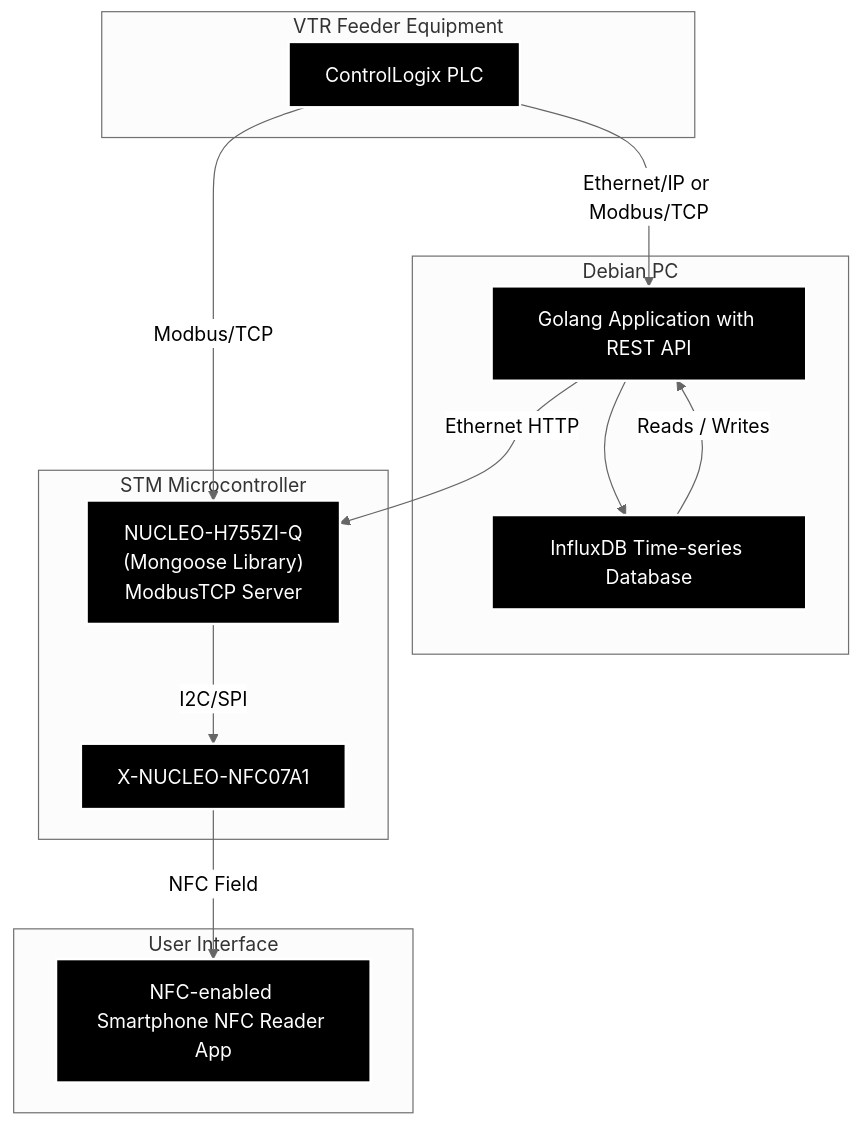
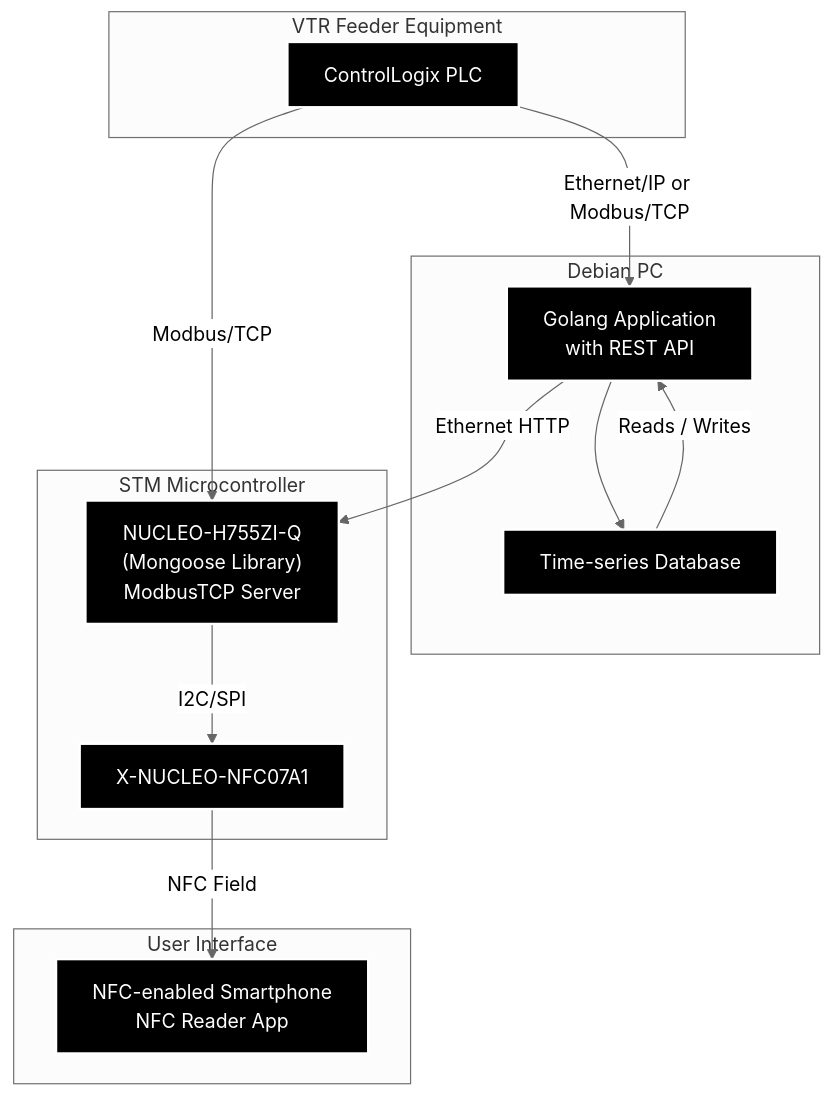
The diagram in MERMAID.md (vtrgo/vtrgo-data-dashboard), drawn with Mermaid (neutral theme) before and after one commit.

````diff
--- a/MERMAID.md
+++ b/MERMAID.md
@@ -1,33 +1,33 @@
 ```mermaid
 graph TD
     subgraph VTR Feeder Equipment
         PLC["ControlLogix PLC"]
     end
 
     subgraph Debian PC
-        PC_App["Golang Application with REST API"] --> InfluxDB["InfluxDB Time-series Database"]
+        PC_App["Golang Application <br> with REST API"] --> InfluxDB["Time-series Database"]
     end
 
     subgraph STM Microcontroller
         NUCLEO["NUCLEO-H755ZI-Q <br> (Mongoose Library) <br> ModbusTCP Server"]
         NFC_Board["X-NUCLEO-NFC07A1"]
     end
 
     subgraph User Interface
-        Smartphone["NFC-enabled Smartphone NFC Reader App"]
+        Smartphone["NFC-enabled Smartphone <br> NFC Reader App"]
     end
 
     PLC -- "Ethernet/IP or Modbus/TCP" --> PC_App
     InfluxDB -- "Reads / Writes" --> PC_App
     PC_App -- "Ethernet HTTP" --> NUCLEO
     PLC -- "Modbus/TCP" --> NUCLEO
     NUCLEO -- "I2C/SPI" --> NFC_Board
     NFC_Board -- "NFC Field" --> Smartphone
 
     style PLC fill:#000,stroke:#fff,color:#fff,stroke-width:2px
     style PC_App fill:#000,stroke:#fff,color:#fff,stroke-width:2px
     style InfluxDB fill:#000,stroke:#fff,color:#fff,stroke-width:2px
     style NUCLEO fill:#000,stroke:#fff,color:#fff,stroke-width:2px
     style NFC_Board fill:#000,stroke:#fff,color:#fff,stroke-width:2px
     style Smartphone fill:#000,stroke:#fff,color:#fff,stroke-width:2px
 ```
````
